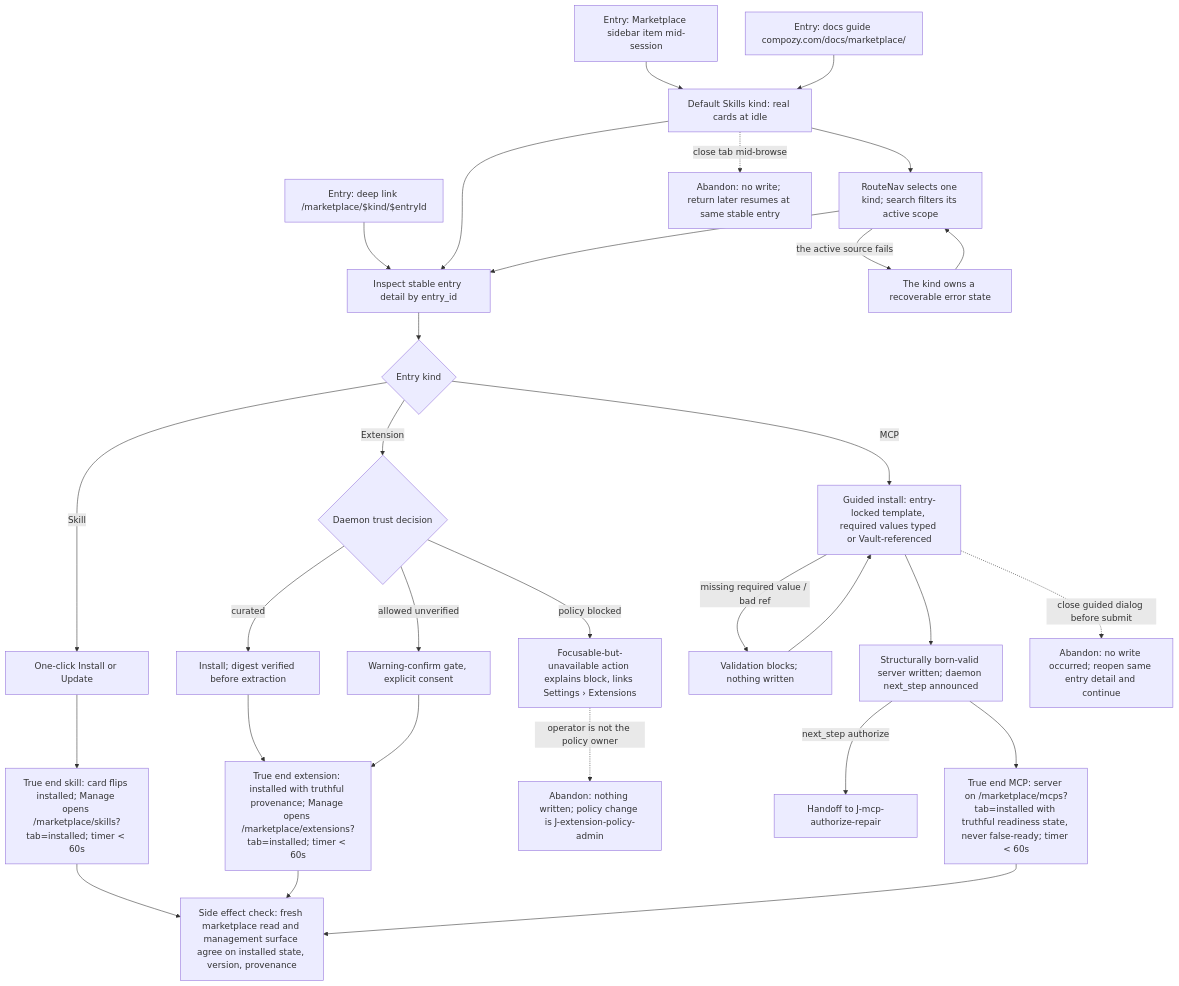
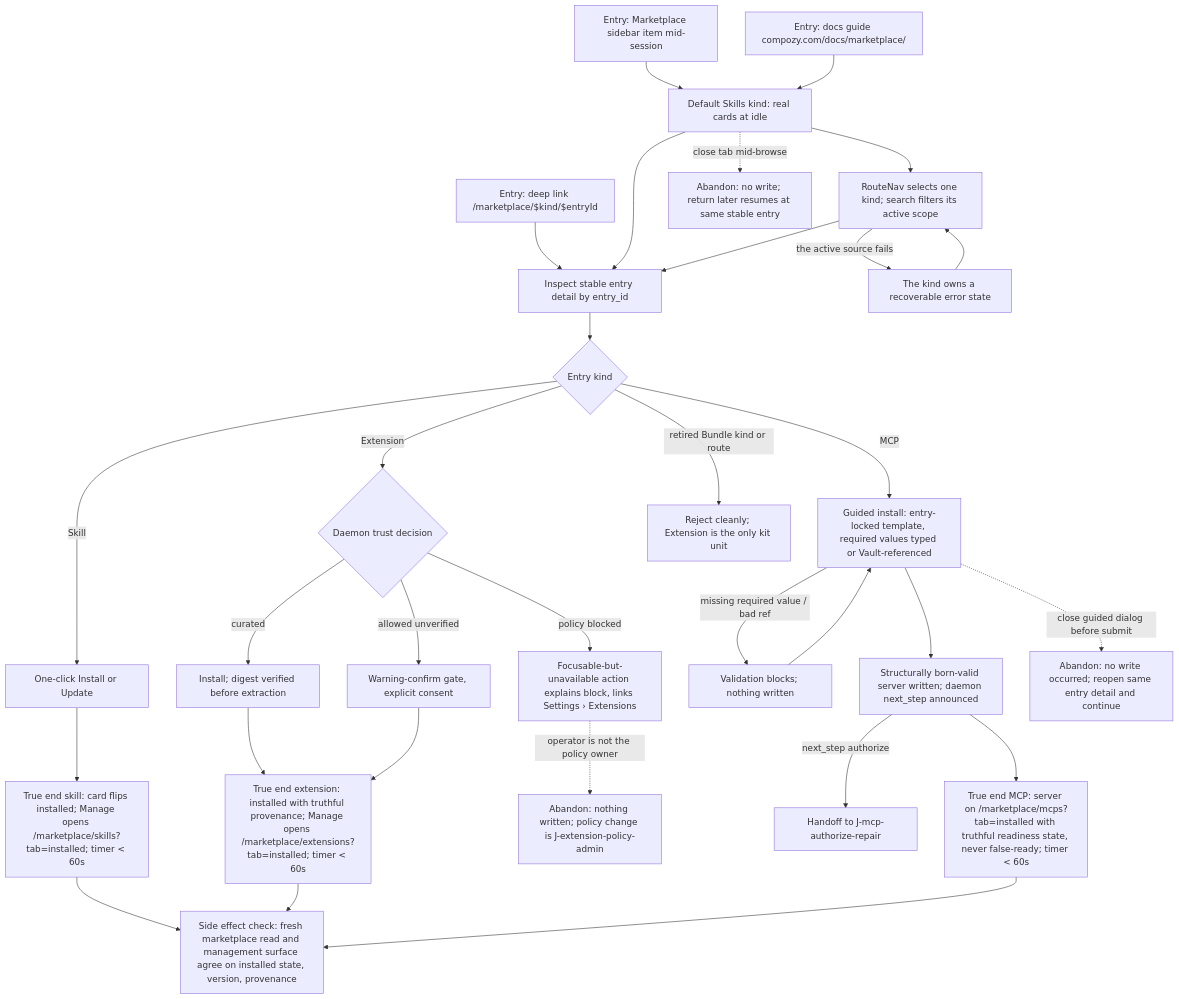
One commit to compozy/compozy changed the diagram in docs/qa/journeys/J-marketplace-acquisition.md. Above: the diagram before and after it, drawn with Mermaid. The commit also changed other lines of this file and 29 other files, not shown here.

````diff
--- a/docs/qa/journeys/J-marketplace-acquisition.md
+++ b/docs/qa/journeys/J-marketplace-acquisition.md
@@ -5,32 +5,33 @@
 ```mermaid
 flowchart TD
   A[Entry: Marketplace sidebar item mid-session] --> B[Default Skills kind: real cards at idle]
   A2[Entry: deep link /marketplace/$kind/$entryId] --> D
   A3[Entry: docs guide compozy.com/docs/marketplace/] --> B
   B --> C[RouteNav selects one kind; search filters its active scope]
   C -->|the active source fails| C2[The kind owns a recoverable error state]
   C2 --> C
   B --> D[Inspect stable entry detail by entry_id]
   C --> D
   D --> E{Entry kind}
   E -->|Skill| F[One-click Install or Update]
   F --> F2[True end skill: card flips installed; Manage opens /marketplace/skills?tab=installed; timer < 60s]
   E -->|Extension| G{Daemon trust decision}
   G -->|curated| G1[Install; digest verified before extraction]
   G -->|policy blocked| G2[Focusable-but-unavailable action explains block, links Settings › Extensions]
   G -->|allowed unverified| G3[Warning-confirm gate, explicit consent]
   G1 --> G4[True end extension: installed with truthful provenance; Manage opens /marketplace/extensions?tab=installed; timer < 60s]
   G3 --> G4
   G2 -.->|operator is not the policy owner| X2[Abandon: nothing written; policy change is J-extension-policy-admin]
   E -->|MCP| I[Guided install: entry-locked template, required values typed or Vault-referenced]
+  E -->|retired Bundle kind or route| X3[Reject cleanly; Extension is the only kit unit]
   I -->|missing required value / bad ref| I2[Validation blocks; nothing written]
   I2 --> I
   I --> I3[Structurally born-valid server written; daemon next_step announced]
   I3 -->|next_step authorize| I4[Handoff to J-mcp-authorize-repair]
   I3 --> I5[True end MCP: server on /marketplace/mcps?tab=installed with truthful readiness state, never false-ready; timer < 60s]
   B -.->|close tab mid-browse| X1[Abandon: no write; return later resumes at same stable entry]
   I -.->|close guided dialog before submit| X4[Abandon: no write occurred; reopen same entry detail and continue]
   F2 --> Z[Side effect check: fresh marketplace read and management surface agree on installed state, version, provenance]
   G4 --> Z
   I5 --> Z
 ```
````
